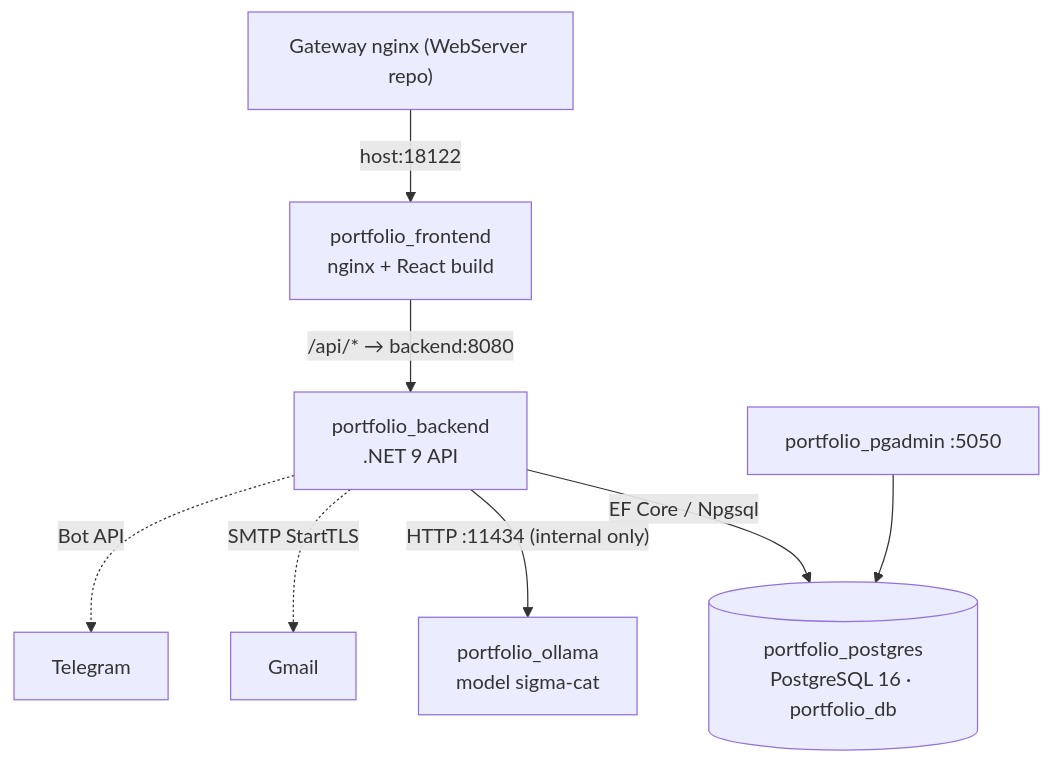
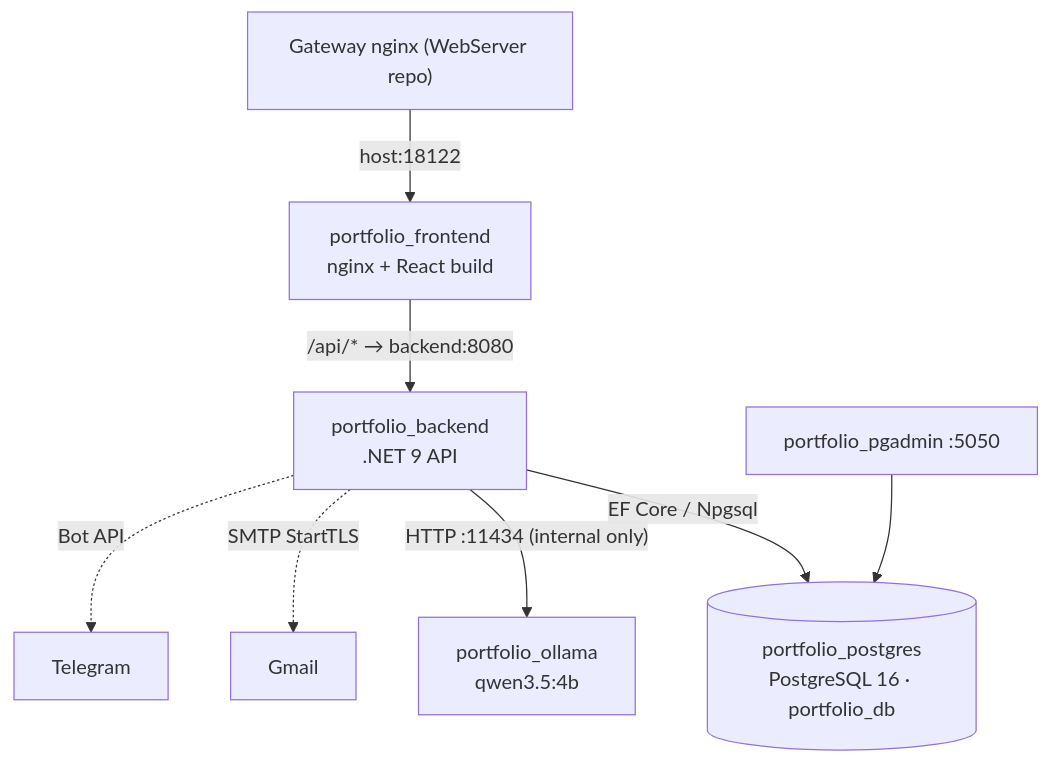
Before and after one commit to VyKhoi/Portfolio: the diagram in docs/ARCHITECTURE.md, drawn with Mermaid. The commit also changed other lines of this file and 53 other files, not shown here.

First line of the commit message:
feat: rebuild Sigma Cat as a proper chat feature

````diff
--- a/docs/ARCHITECTURE.md
+++ b/docs/ARCHITECTURE.md
@@ -17,10 +17,10 @@
 ```mermaid
 graph TD
     GW["Gateway nginx (WebServer repo)"] -->|host:18122| FE["portfolio_frontend<br/>nginx + React build"]
     FE -->|"/api/* → backend:8080"| BE["portfolio_backend<br/>.NET 9 API"]
     BE -->|EF Core / Npgsql| PG[("portfolio_postgres<br/>PostgreSQL 16 · portfolio_db")]
-    BE -->|"HTTP :11434 (internal only)"| OL["portfolio_ollama<br/>model sigma-cat"]
+    BE -->|"HTTP :11434 (internal only)"| OL["portfolio_ollama<br/>qwen3.5:4b"]
     BE -.->|SMTP StartTLS| GM[Gmail]
     BE -.->|Bot API| TG[Telegram]
     PGA["portfolio_pgadmin :5050"] --> PG
 ```
````
